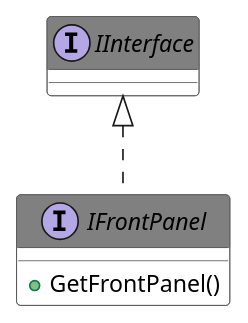
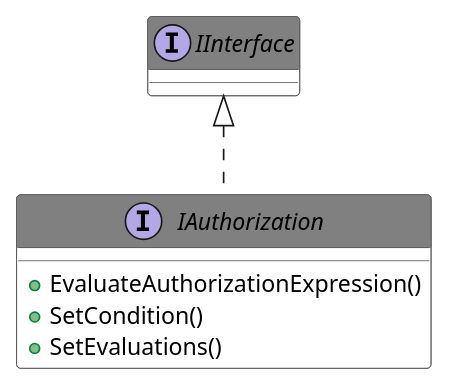
Before and after one commit to PatriekBruins/TriekselsoftApplicationFramework: the diagram in Source/Antidoc-Output/Includes/022.adoc, drawn with PlantUML. The commit also changed other lines of this file and 692 other files, not shown here.

```diff
--- a/Source/Antidoc-Output/Includes/022.adoc
+++ b/Source/Antidoc-Output/Includes/022.adoc
@@ -8,22 +8,24 @@
 [plantuml, format="svg", align="center"]
 ....
 @startuml
 set namespaceSeparator :
 skinparam ClassBackgroundColor #FFFFFF
 skinparam ClassBorderColor #555555
 skinparam ClassFontColor #000000
 skinparam ClassHeaderBackgroundColor #808080
 
 skinparam top to bottom direction
-interface "IFrontPanel" {
-{method} +GetFrontPanel()
+interface "IAuthorization" {
+{method} +EvaluateAuthorizationExpression()
+{method} +SetCondition()
+{method} +SetEvaluations()
 
 }
-"IInterface" <|.. "IFrontPanel"
+"IInterface" <|.. "IAuthorization"
 interface "IInterface" {}
 
 
 
 
 @enduml
 ....
```
